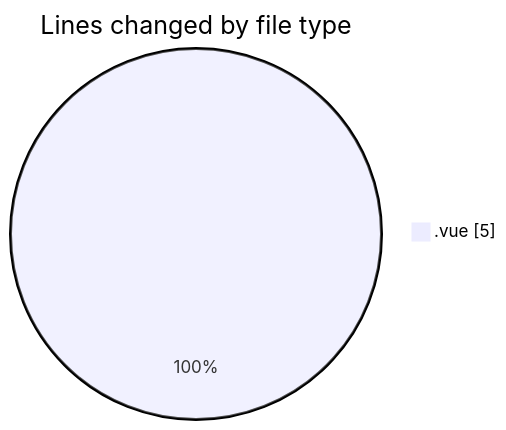
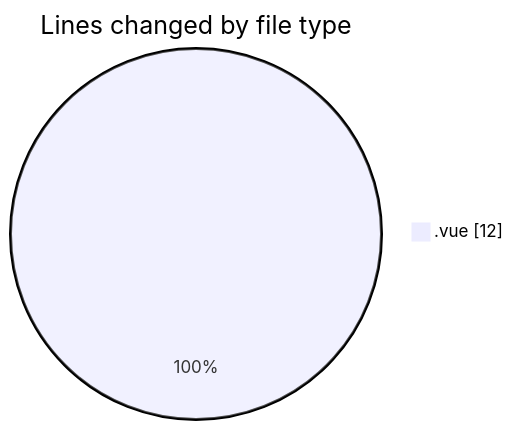
One commit to lephambinh05/code-tracking changed the first of 2 diagrams in 2025-08-11/rentotp/README.md. Above: the diagram before and after it, drawn with Mermaid. The commit also changed other lines of this file and 1 other file, not shown here.

````diff
--- a/2025-08-11/rentotp/README.md
+++ b/2025-08-11/rentotp/README.md
@@ -20,5 +20,5 @@
 ```mermaid
 pie showData
 title Lines changed by file type
-".vue" : 5
+".vue" : 12
 ```
````
